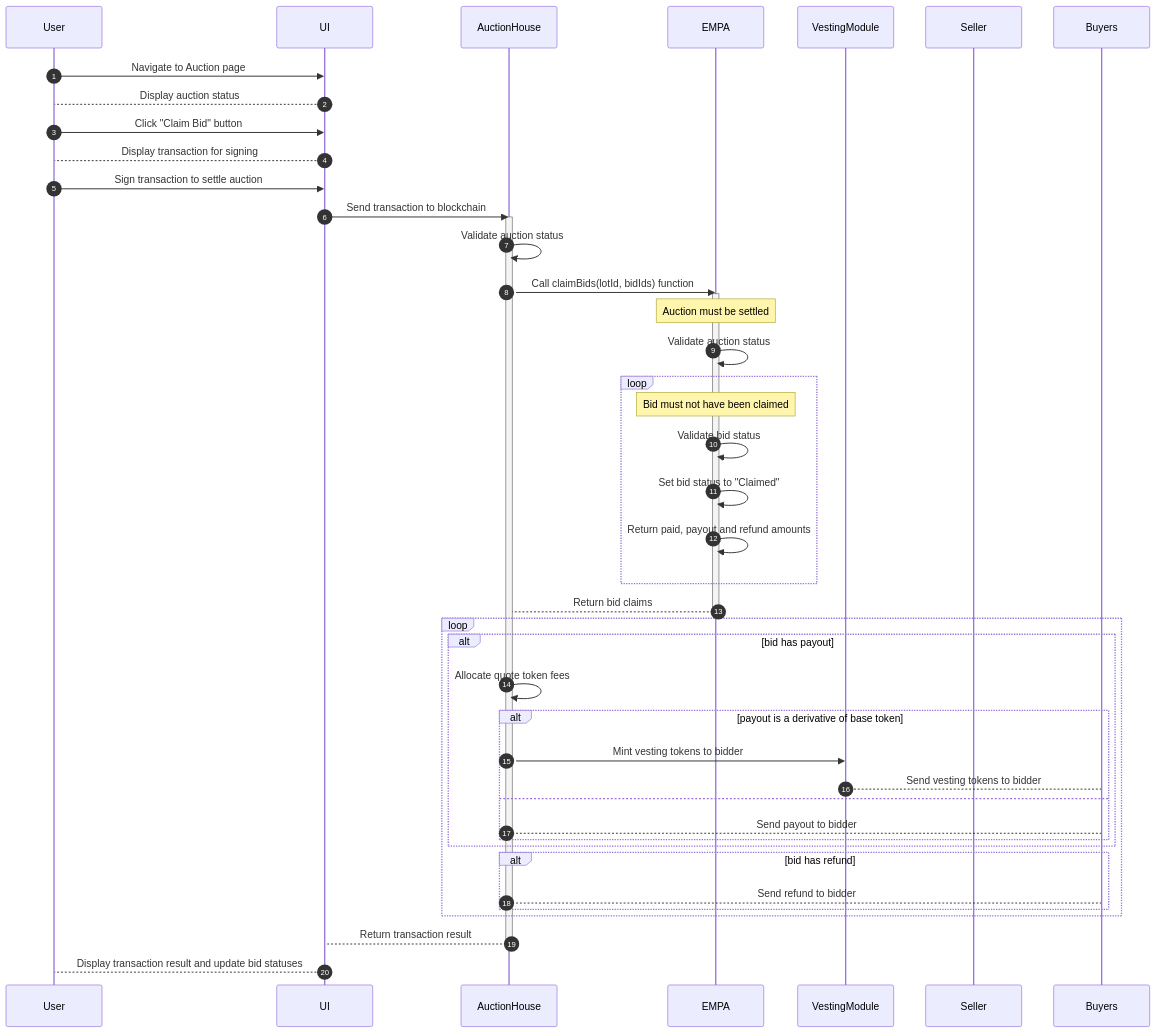
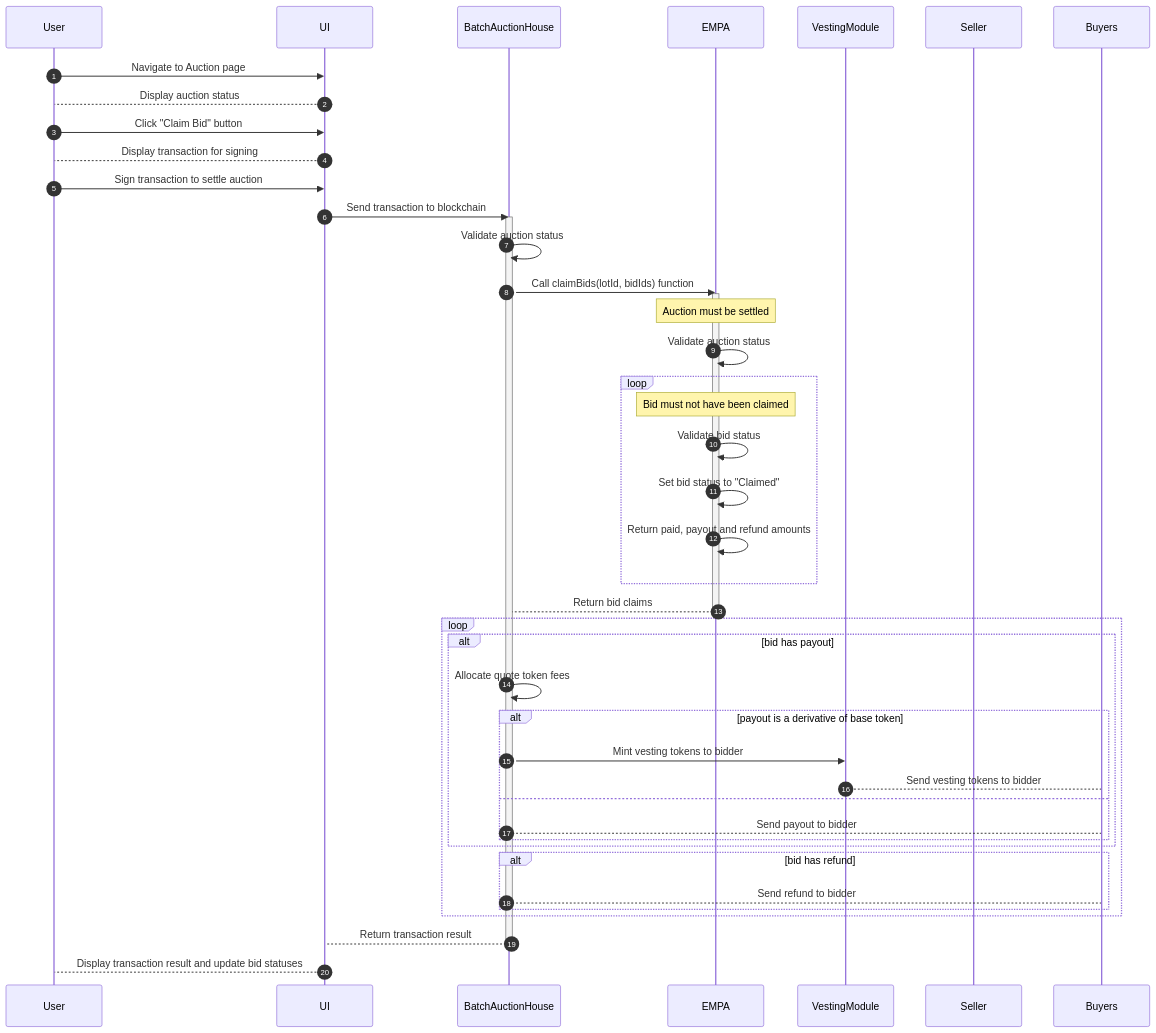
Before and after one commit to Axis-Fi/axis-core: the ninth of 9 diagrams in design/EMPA.md, drawn with Mermaid. The commit also changed other lines of this file, not shown here.

Commit message:
AuctionHouse -> BatchAuctionHouse

````diff
--- a/design/EMPA.md
+++ b/design/EMPA.md
@@ -449,50 +449,50 @@
 ```mermaid
 sequenceDiagram
   autoNumber
   participant User
   participant UI
-  participant AuctionHouse
+  participant BatchAuctionHouse
   participant EMPA
   participant VestingModule
   participant Seller
   participant Buyers
 
   User->>UI: Navigate to Auction page
   UI-->User: Display auction status
   User->>UI: Click "Claim Bid" button
   UI-->User: Display transaction for signing
   User->>UI: Sign transaction to settle auction
-  UI->>AuctionHouse: Send transaction to blockchain
-  activate AuctionHouse
-      AuctionHouse->>AuctionHouse: Validate auction status
-      AuctionHouse->>EMPA: Call claimBids(lotId, bidIds) function
+  UI->>BatchAuctionHouse: Send transaction to blockchain
+  activate BatchAuctionHouse
+      BatchAuctionHouse->>BatchAuctionHouse: Validate auction status
+      BatchAuctionHouse->>EMPA: Call claimBids(lotId, bidIds) function
       activate EMPA
           Note over EMPA: Auction must be settled
           EMPA->>EMPA: Validate auction status
           loop
             Note over EMPA: Bid must not have been claimed
             EMPA->>EMPA: Validate bid status
             EMPA->>EMPA: Set bid status to "Claimed"
             EMPA->>EMPA: Return paid, payout and refund amounts
           end
-          EMPA-->AuctionHouse: Return bid claims
+          EMPA-->BatchAuctionHouse: Return bid claims
       deactivate EMPA
       loop
         alt bid has payout
-          AuctionHouse->>AuctionHouse: Allocate quote token fees
+          BatchAuctionHouse->>BatchAuctionHouse: Allocate quote token fees
           alt payout is a derivative of base token
-            AuctionHouse->>VestingModule: Mint vesting tokens to bidder
+            BatchAuctionHouse->>VestingModule: Mint vesting tokens to bidder
             VestingModule-->Buyers: Send vesting tokens to bidder
           else
-            AuctionHouse-->Buyers: Send payout to bidder
+            BatchAuctionHouse-->Buyers: Send payout to bidder
           end
         end
 
         alt bid has refund
-          AuctionHouse-->Buyers: Send refund to bidder
+          BatchAuctionHouse-->Buyers: Send refund to bidder
         end
       end
-      AuctionHouse-->UI: Return transaction result
-  deactivate AuctionHouse
+      BatchAuctionHouse-->UI: Return transaction result
+  deactivate BatchAuctionHouse
   UI-->User: Display transaction result and update bid statuses
 ```
````
